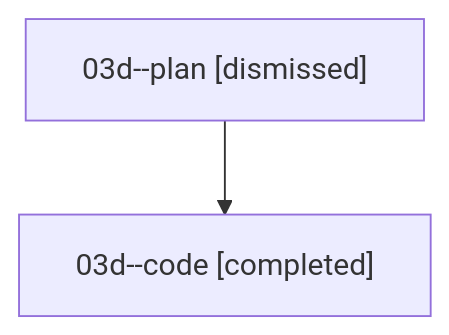
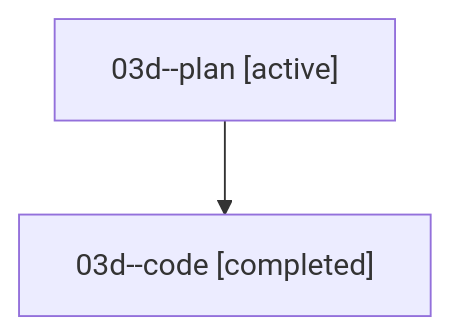
Before and after one commit to sase-org/sase--agents: the diagram in families/bbugyi200.athena.03d.md, drawn with Mermaid. The commit also changed other lines of this file and 35830 other files, not shown here.

````diff
--- a/families/bbugyi200.athena.03d.md
+++ b/families/bbugyi200.athena.03d.md
@@ -9,6 +9,6 @@
 ```mermaid
 flowchart TD
-  n0["03d--plan [dismissed]"]
+  n0["03d--plan [active]"]
   n1["03d--code [completed]"]
   n0 --> n1
 ```
````
